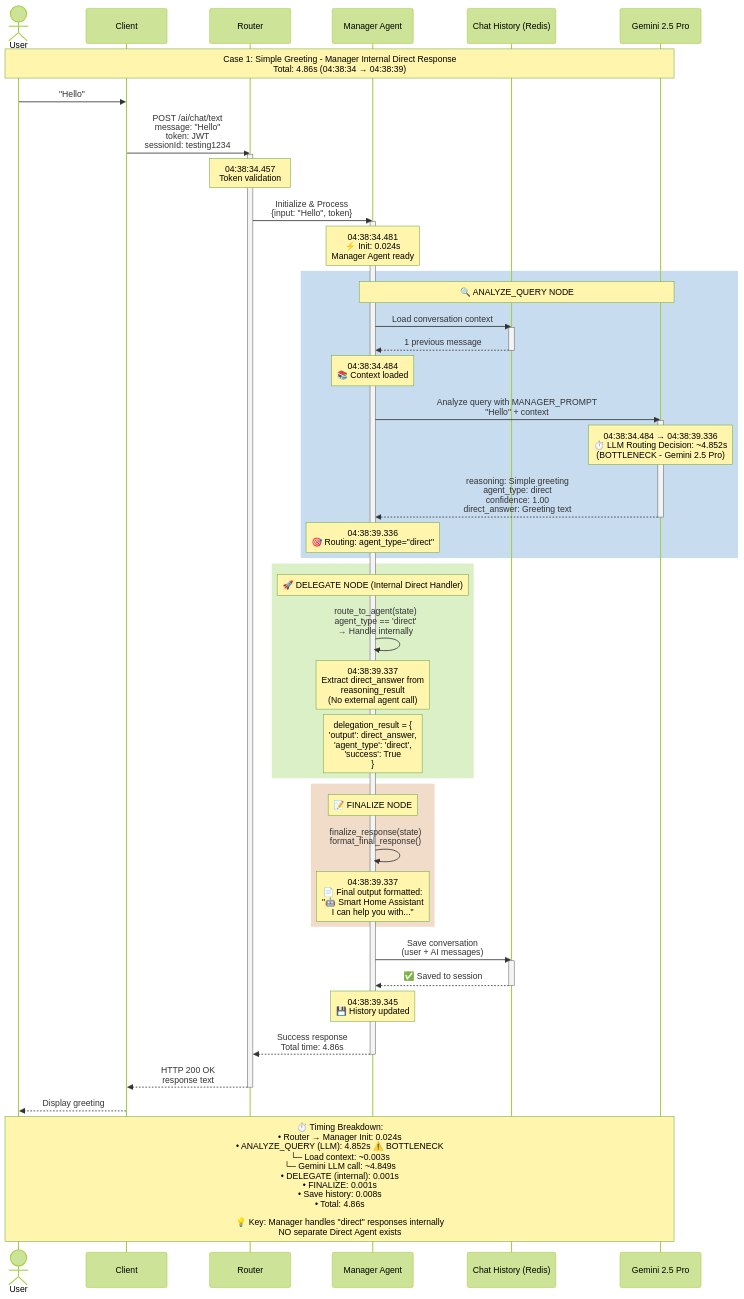
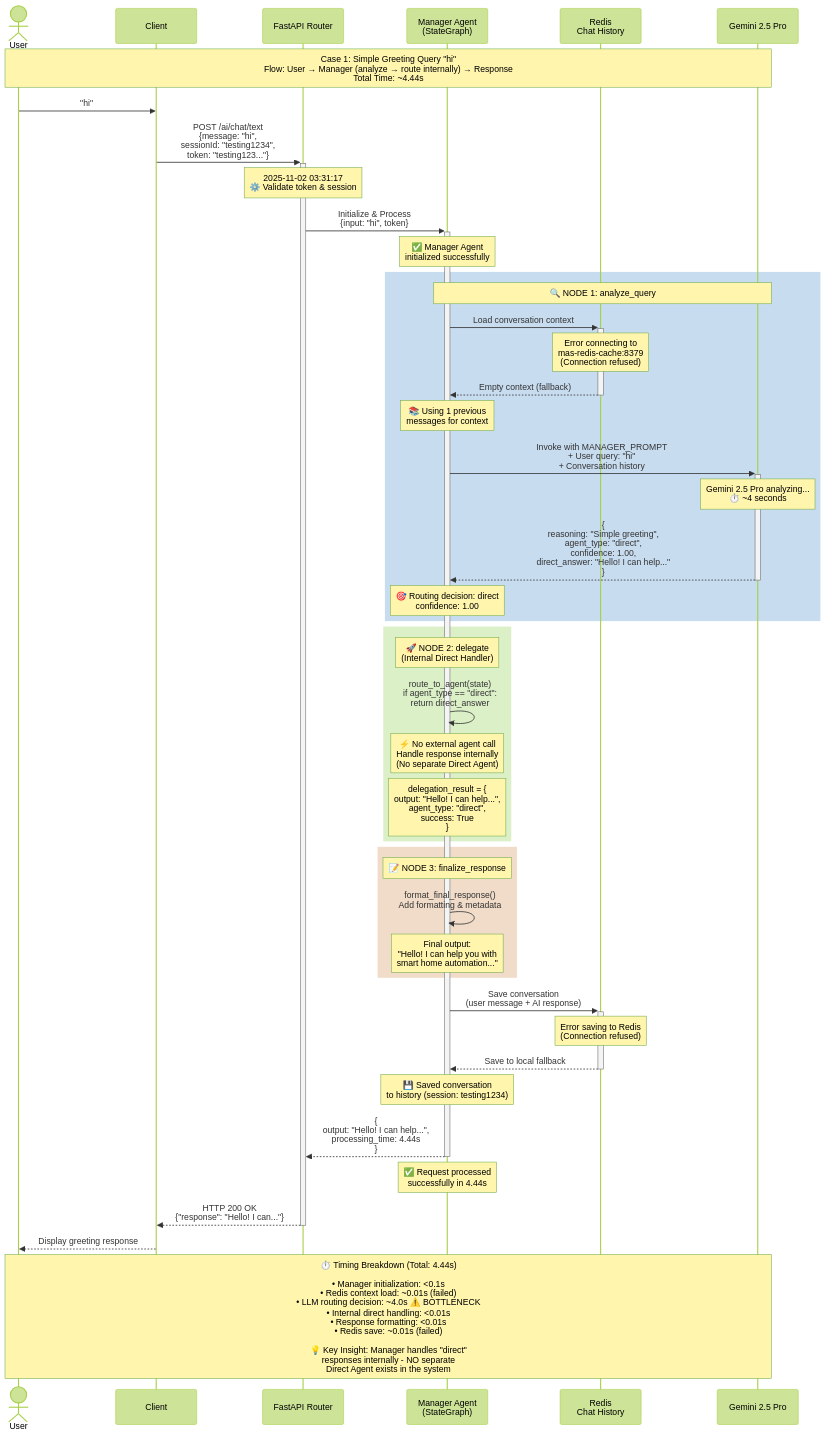
One commit to BaoBao112233/MAS-Planning changed the diagram in docs/diagrams/sequence_Case1.mmd. Above: the diagram before and after it, drawn with Mermaid (forest theme). The commit also changed 29 other files, not shown here.

Commit message:
[Updated] Diagrams

```diff
--- a/docs/diagrams/sequence_Case1.mmd
+++ b/docs/diagrams/sequence_Case1.mmd
@@ -1,64 +1,71 @@
 sequenceDiagram
     actor User
     participant Client
-    participant Router
-    participant Manager as Manager Agent
-    participant Redis as Chat History (Redis)
+    participant Router as FastAPI Router
+    participant Manager as Manager Agent<br/>(StateGraph)
+    participant Redis as Redis<br/>Chat History
     participant LLM as Gemini 2.5 Pro
 
-    Note over User,LLM: Case 1: Simple Greeting - Manager Internal Direct Response<br/>Total: 4.86s (04:38:34 → 04:38:39)
+    Note over User,LLM: Case 1: Simple Greeting Query "hi"<br/>Flow: User → Manager (analyze → route internally) → Response<br/>Total Time: ~4.44s
 
-    %% Request Phase
-    User->>Client: "Hello"
-    Client->>Router: POST /ai/chat/text<br/>message: "Hello"<br/>token: JWT<br/>sessionId: testing1234
-    activate Router
-    Note over Router: 04:38:34.457<br/>Token validation
+    %% === REQUEST PHASE ===
+    User->>Client: "hi"
+    Client->>+Router: POST /ai/chat/text<br/>{message: "hi",<br/>sessionId: "testing1234",<br/>token: "testing123..."}
+    Note over Router: 2025-11-02 03:31:17<br/>⚙️ Validate token & session
 
-    %% Manager Initialization
-    Router->>Manager: Initialize & Process<br/>{input: "Hello", token}
-    activate Manager
-    Note over Manager: 04:38:34.481<br/>⚡ Init: 0.024s<br/>Manager Agent ready
-    
+    %% === MANAGER INITIALIZATION ===
+    Router->>+Manager: Initialize & Process<br/>{input: "hi", token}
+    Note over Manager: ✅ Manager Agent<br/>initialized successfully
+
+    %% === ANALYZE_QUERY NODE ===
     rect rgb(200, 220, 240)
-        Note over Manager,LLM: 🔍 ANALYZE_QUERY NODE
-        Manager->>Redis: Load conversation context
-        activate Redis
-        Redis-->>Manager: 1 previous message
-        deactivate Redis
-        Note over Manager: 04:38:34.484<br/>📚 Context loaded
+        Note over Manager,LLM: 🔍 NODE 1: analyze_query
+        
+        Manager->>+Redis: Load conversation context
+        Note over Redis: Error connecting to<br/>mas-redis-cache:8379<br/>(Connection refused)
+        Redis-->>-Manager: Empty context (fallback)
+        
+        Note over Manager: 📚 Using 1 previous<br/>messages for context
 
-        Manager->>LLM: Analyze query with MANAGER_PROMPT<br/>"Hello" + context
-        activate LLM
-        Note over LLM: 04:38:34.484 → 04:38:39.336<br/>⏱️ LLM Routing Decision: ~4.852s<br/>(BOTTLENECK - Gemini 2.5 Pro)
-        LLM-->>Manager: reasoning: Simple greeting<br/>agent_type: direct<br/>confidence: 1.00<br/>direct_answer: Greeting text
-        deactivate LLM
-        Note over Manager: 04:38:39.336<br/>🎯 Routing: agent_type="direct"
+        Manager->>+LLM: Invoke with MANAGER_PROMPT<br/>+ User query: "hi"<br/>+ Conversation history
+        Note over LLM: Gemini 2.5 Pro analyzing...<br/>⏱️ ~4 seconds
+        LLM-->>-Manager: {<br/>  reasoning: "Simple greeting",<br/>  agent_type: "direct",<br/>  confidence: 1.00,<br/>  direct_answer: "Hello! I can help..."<br/>}
+        
+        Note over Manager: 🎯 Routing decision: direct<br/>confidence: 1.00
     end
 
+    %% === DELEGATE NODE (Internal) ===
     rect rgb(220, 240, 200)
-        Note over Manager: 🚀 DELEGATE NODE (Internal Direct Handler)
-        Manager->>Manager: route_to_agent(state)<br/>agent_type == 'direct'<br/>→ Handle internally
-        Note over Manager: 04:38:39.337<br/>Extract direct_answer from<br/>reasoning_result<br/>(No external agent call)
-        Note over Manager: delegation_result = {<br/>  'output': direct_answer,<br/>  'agent_type': 'direct',<br/>  'success': True<br/>}
+        Note over Manager: 🚀 NODE 2: delegate<br/>(Internal Direct Handler)
+        
+        Manager->>Manager: route_to_agent(state)<br/>if agent_type == "direct":<br/>  return direct_answer
+        
+        Note over Manager: ⚡ No external agent call<br/>Handle response internally<br/>(No separate Direct Agent)
+        
+        Note over Manager: delegation_result = {<br/>  output: "Hello! I can help...",<br/>  agent_type: "direct",<br/>  success: True<br/>}
     end
 
+    %% === FINALIZE NODE ===
     rect rgb(240, 220, 200)
-        Note over Manager: 📝 FINALIZE NODE
-        Manager->>Manager: finalize_response(state)<br/>format_final_response()
-        Note over Manager: 04:38:39.337<br/>📄 Final output formatted:<br/>"🤖 Smart Home Assistant<br/>I can help you with..."
+        Note over Manager: 📝 NODE 3: finalize_response
+        
+        Manager->>Manager: format_final_response()<br/>Add formatting & metadata
+        
+        Note over Manager: Final output:<br/>"Hello! I can help you with<br/>smart home automation..."
     end
 
-    Manager->>Redis: Save conversation<br/>(user + AI messages)
-    activate Redis
-    Redis-->>Manager: ✅ Saved to session
-    deactivate Redis
-    Note over Manager: 04:38:39.345<br/>💾 History updated
+    %% === SAVE HISTORY ===
+    Manager->>+Redis: Save conversation<br/>(user message + AI response)
+    Note over Redis: Error saving to Redis<br/>(Connection refused)
+    Redis-->>-Manager: Save to local fallback
+    Note over Manager: 💾 Saved conversation<br/>to history (session: testing1234)
 
-    Manager-->>Router: Success response<br/>Total time: 4.86s
-    deactivate Manager
-    Router-->>Client: HTTP 200 OK<br/>response text
-    deactivate Router
-    Client-->>User: Display greeting
+    %% === RESPONSE ===
+    Manager-->>-Router: {<br/>  output: "Hello! I can help...",<br/>  processing_time: 4.44s<br/>}
+    Note over Manager: ✅ Request processed<br/>successfully in 4.44s
 
-    %% Timing Breakdown
-    Note over User,LLM: ⏱️ Timing Breakdown:<br/>• Router → Manager Init: 0.024s<br/>• ANALYZE_QUERY (LLM): 4.852s ⚠️ BOTTLENECK<br/>  └─ Load context: ~0.003s<br/>  └─ Gemini LLM call: ~4.849s<br/>• DELEGATE (internal): 0.001s<br/>• FINALIZE: 0.001s<br/>• Save history: 0.008s<br/>• Total: 4.86s<br/><br/>💡 Key: Manager handles "direct" responses internally<br/>NO separate Direct Agent exists
+    Router-->>-Client: HTTP 200 OK<br/>{"response": "Hello! I can..."}
+    Client-->>User: Display greeting response
+
+    %% === TIMING BREAKDOWN ===
+    Note over User,LLM: ⏱️ Timing Breakdown (Total: 4.44s)<br/><br/>• Manager initialization: <0.1s<br/>• Redis context load: ~0.01s (failed)<br/>• LLM routing decision: ~4.0s ⚠️ BOTTLENECK<br/>• Internal direct handling: <0.01s<br/>• Response formatting: <0.01s<br/>• Redis save: ~0.01s (failed)<br/><br/>💡 Key Insight: Manager handles "direct"<br/>responses internally - NO separate<br/>Direct Agent exists in the system
```
